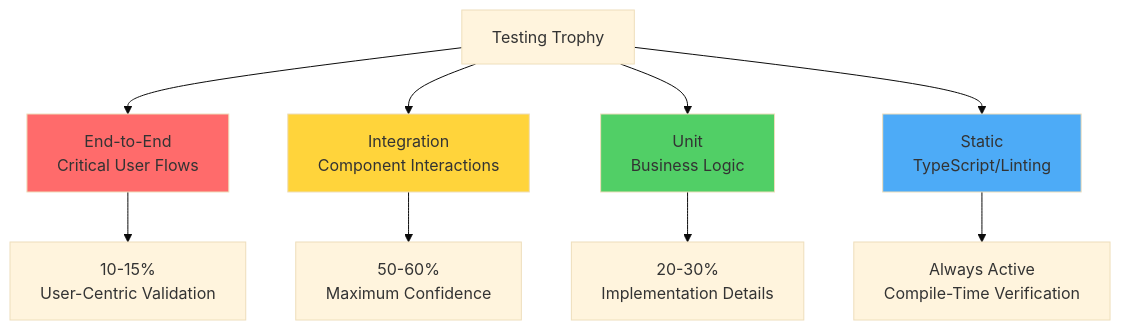
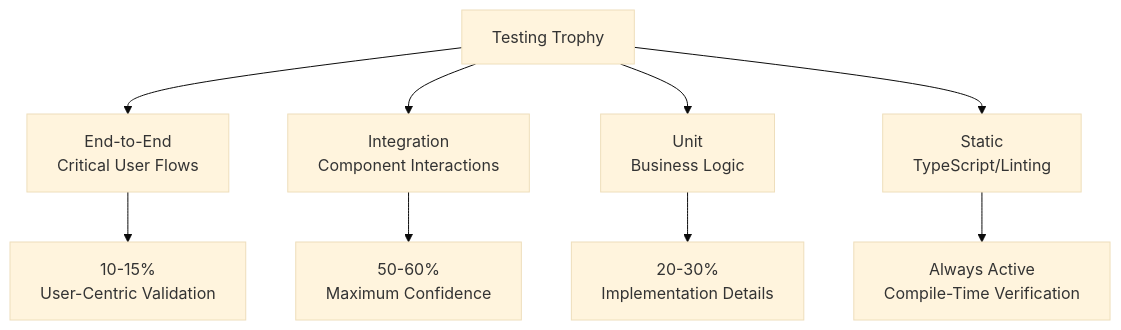
Before and after one commit to BabaScience/react-guides: the second of 10 diagrams in arguments/chapters/10-testing.md, drawn with Mermaid (base theme). The commit also changed other lines of this file and 29 other files, not shown here.

First line of the commit message:
Bring React FR/IT translations to full English parity + theme-safe diagrams

````diff
--- a/arguments/chapters/10-testing.md
+++ b/arguments/chapters/10-testing.md
@@ -43,17 +40,13 @@
 ```mermaid
 graph TD
     A[Testing Trophy] --> B[End-to-End<br/>Critical User Flows]
     A --> C[Integration<br/>Component Interactions]
     A --> D[Unit<br/>Business Logic]
     A --> E[Static<br/>TypeScript/Linting]
     
     B --> B1[10-15%<br/>User-Centric Validation]
     C --> C1[50-60%<br/>Maximum Confidence]
     D --> D1[20-30%<br/>Implementation Details]
     E --> E1[Always Active<br/>Compile-Time Verification]
     
-    style E fill:#4dabf7
-    style D fill:#51cf66
-    style C fill:#ffd43b
-    style B fill:#ff6b6b
 ```
````
